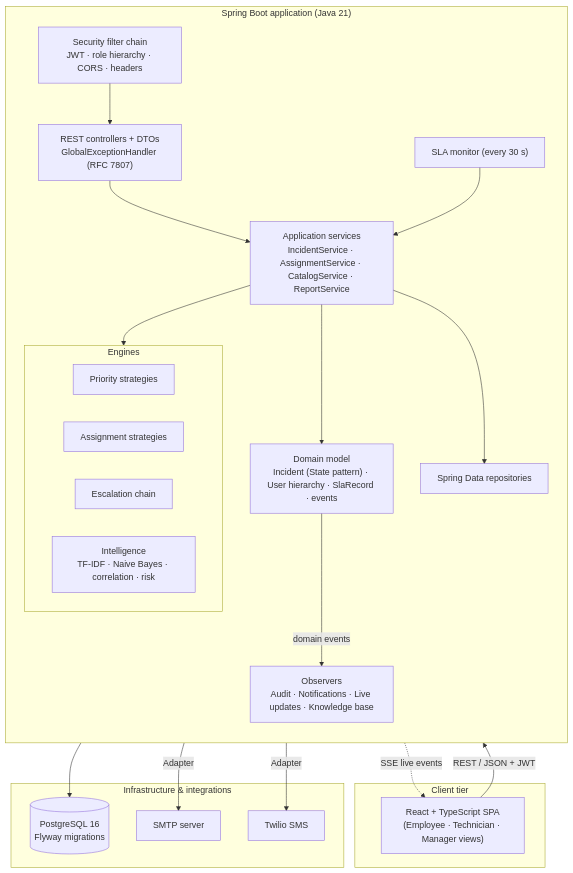
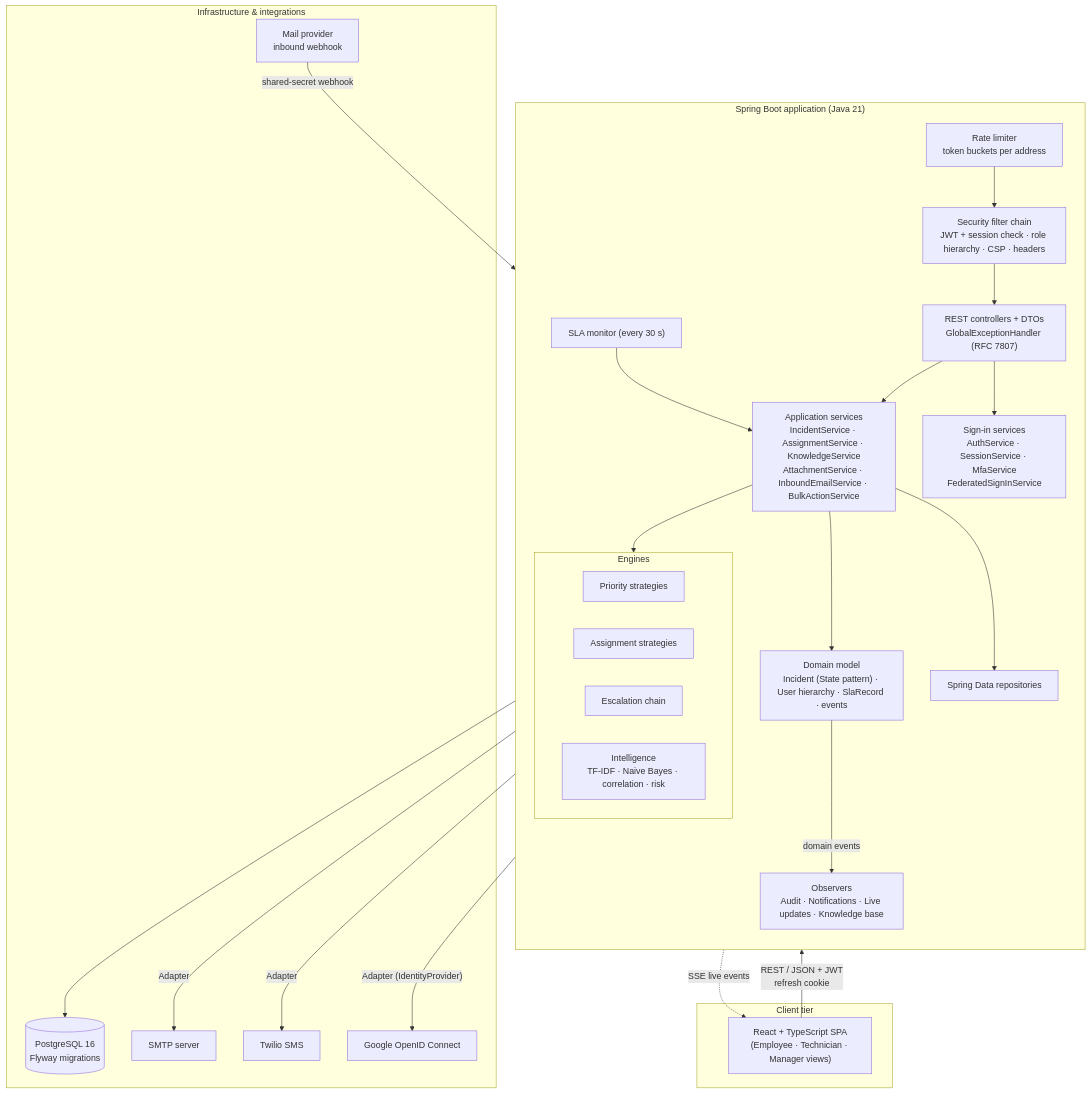
The first of 7 diagrams in docs/ARCHITECTURE.md (mohbhargava04/resolveiq-itsm), drawn with Mermaid before and after one commit. The commit also changed other lines of this file and 263 other files, not shown here.

Commit message:
Week 3: security hardening, knowledge base, major incidents, accessibility, deployment

````diff
--- a/docs/ARCHITECTURE.md
+++ b/docs/ARCHITECTURE.md
@@ -9,39 +9,46 @@
 ```mermaid
 flowchart TB
     subgraph Client["Client tier"]
         UI["React + TypeScript SPA<br/>(Employee · Technician · Manager views)"]
     end
 
     subgraph API["Spring Boot application (Java 21)"]
         direction TB
-        SEC["Security filter chain<br/>JWT · role hierarchy · CORS · headers"]
+        RL["Rate limiter<br/>token buckets per address"]
+        SEC["Security filter chain<br/>JWT + session check · role hierarchy · CSP · headers"]
         WEB["REST controllers + DTOs<br/>GlobalExceptionHandler (RFC 7807)"]
-        APP["Application services<br/>IncidentService · AssignmentService · CatalogService · ReportService"]
+        APP["Application services<br/>IncidentService · AssignmentService · KnowledgeService<br/>AttachmentService · InboundEmailService · BulkActionService"]
+        AUTH["Sign-in services<br/>AuthService · SessionService · MfaService<br/>FederatedSignInService"]
         DOM["Domain model<br/>Incident (State pattern) · User hierarchy · SlaRecord · events"]
         subgraph ENG["Engines"]
             PRI["Priority strategies"]
             ASG["Assignment strategies"]
             ESC["Escalation chain"]
             AI["Intelligence<br/>TF-IDF · Naive Bayes · correlation · risk"]
         end
         OBS["Observers<br/>Audit · Notifications · Live updates · Knowledge base"]
         REPO["Spring Data repositories"]
         SCHED["SLA monitor (every 30 s)"]
     end
 
     subgraph EXT["Infrastructure & integrations"]
         DB[("PostgreSQL 16<br/>Flyway migrations")]
         SMTP["SMTP server"]
         SMS["Twilio SMS"]
+        GOOGLE["Google OpenID Connect"]
+        INBOX["Mail provider<br/>inbound webhook"]
     end
 
-    UI -- "REST / JSON + JWT" --> SEC --> WEB --> APP
+    UI -- "REST / JSON + JWT<br/>refresh cookie" --> RL --> SEC --> WEB --> APP
+    WEB --> AUTH
+    AUTH -- "Adapter (IdentityProvider)" --> GOOGLE
+    INBOX -- "shared-secret webhook" --> WEB
     OBS -. SSE live events .-> UI
     APP --> DOM
     APP --> ENG
     DOM -- "domain events" --> OBS
     APP --> REPO --> DB
     SCHED --> APP
     OBS -- "Adapter" --> SMTP
     OBS -- "Adapter" --> SMS
 ```
````
